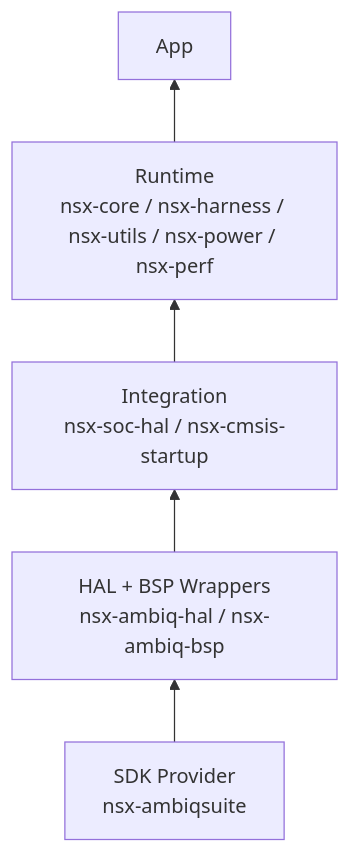
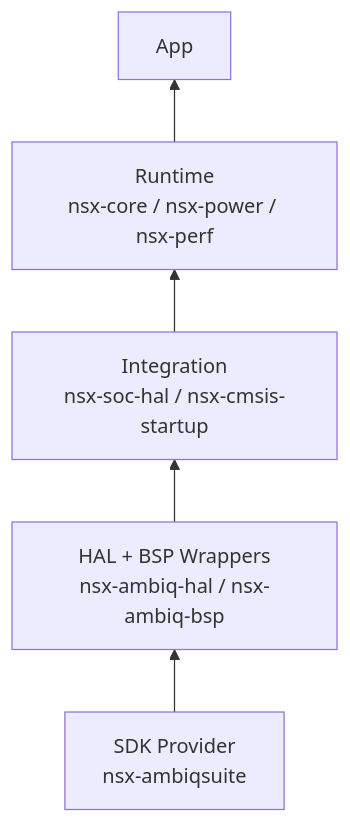
The diagram in docs/architecture/overview.md (AmbiqAI/neuralspotx), drawn with Mermaid before and after one commit. The commit also changed other lines of this file and 56 other files, not shown here.

````diff
--- a/docs/architecture/overview.md
+++ b/docs/architecture/overview.md
@@ -39,7 +39,7 @@
 ```mermaid
 flowchart BT
     SDK["SDK Provider\nnsx-ambiqsuite"] --> HAL["HAL + BSP Wrappers\nnsx-ambiq-hal / nsx-ambiq-bsp"]
     HAL --> INT["Integration\nnsx-soc-hal / nsx-cmsis-startup"]
-   INT --> RT["Runtime\nnsx-core / nsx-harness / nsx-utils / nsx-power / nsx-perf"]
+   INT --> RT["Runtime\nnsx-core / nsx-power / nsx-perf"]
     RT --> APP["App"]
 ```
````
